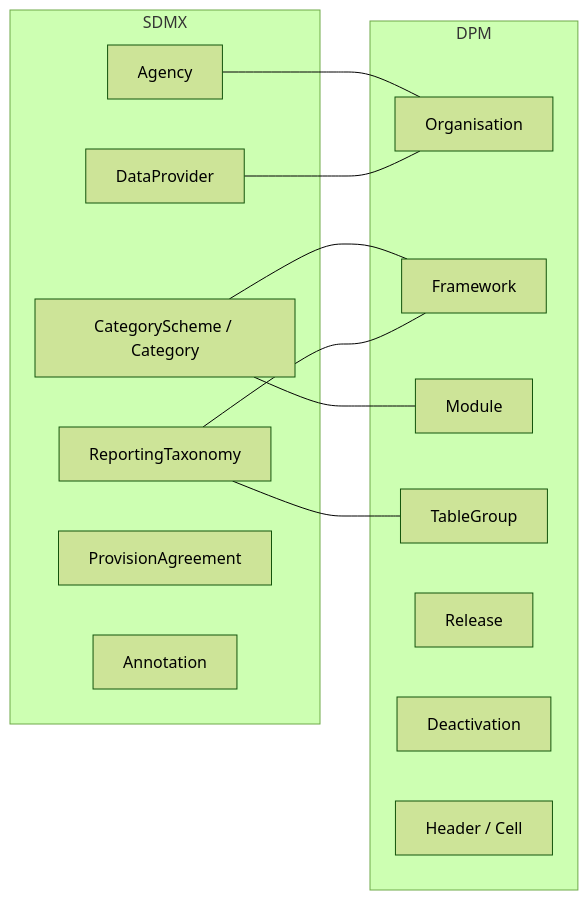
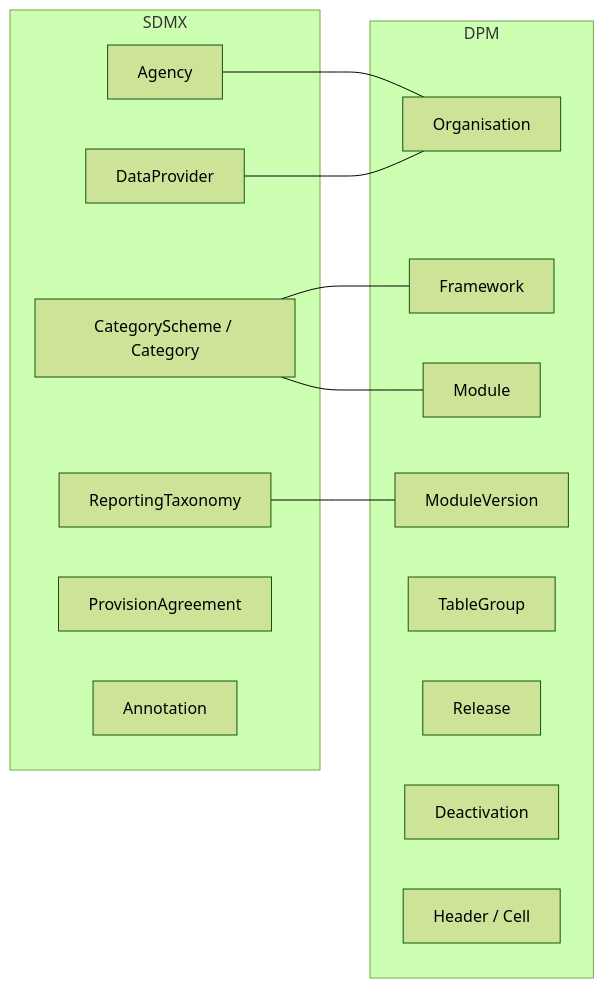
The diagram in docs/models-relationships/03_other_artifacts/02_high_level_mapping_summary.md (sdmx-twg/wp-sdmx-dpm), drawn with Mermaid (forest theme) before and after one commit. The commit also changed other lines of this file and 1 other file, not shown here.

Commit message:
docs: remove incorrect DSD/Dataflow→Module/ModuleVersion mappings and align ReportingTaxonomy
- DSD→Module and Dataflow→ModuleVersion rows were wrong and have been removed;
  Module/ModuleVersion have no clean SDMX structural equivalent
- Module/ModuleVersion added to DPM-only section with note that ModuleVersion
  has a partial correspondence to SDMX ReportingTaxonomy (the deployable
  reporting-obligation unit on each side)
- ReportingTaxonomy row in other-artefacts mapping updated to point to
  ModuleVersion instead of Framework/Module/TableGroup
- Ghost dModule node removed from data-definition graphical overview

Addresses #101

````diff
--- a/docs/models-relationships/03_other_artifacts/02_high_level_mapping_summary.md
+++ b/docs/models-relationships/03_other_artifacts/02_high_level_mapping_summary.md
@@ -30,28 +30,28 @@
 ```mermaid
 flowchart LR
   subgraph SDMX
     sAgency["Agency"]
     sProvider["DataProvider"]
     sCatScheme["CategoryScheme / Category"]
     sRepTax["ReportingTaxonomy"]
     sProv["ProvisionAgreement"]
     sAnnot["Annotation"]
   end
 
   subgraph DPM
     dOrg["Organisation"]
     dFramework["Framework"]
     dModule["Module"]
+    dModuleVersion["ModuleVersion"]
     dTableGroup["TableGroup"]
     dRelease["Release"]
     dDeact["Deactivation"]
     dRendering["Header / Cell"]
   end
 
   sAgency --- dOrg
   sProvider --- dOrg
   sCatScheme --- dFramework
   sCatScheme --- dModule
-  sRepTax --- dFramework
-  sRepTax --- dTableGroup
+  sRepTax --- dModuleVersion
 ```
````
